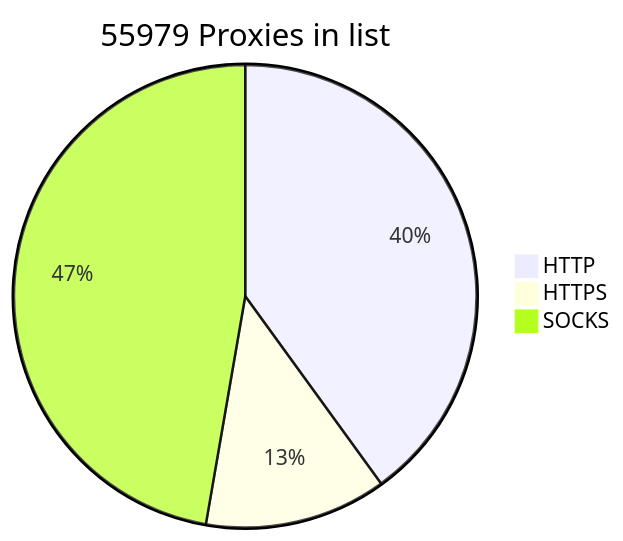
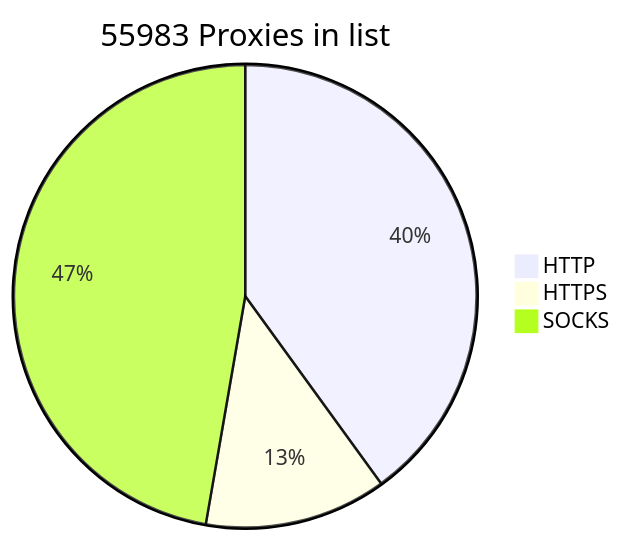
The diagram in README.md (BlackSnowDot/proxylist-update-every-minute), drawn with Mermaid before and after one commit.

````diff
--- a/README.md
+++ b/README.md
@@ -2,6 +2,6 @@
 ```mermaid
-pie title 55979 Proxies in list
-    "HTTP" : 25112
-    "HTTPS": 7979
+pie title 55983 Proxies in list
+    "HTTP" : 25113
+    "HTTPS": 7986
     "SOCKS" : 29672
 ```
````
